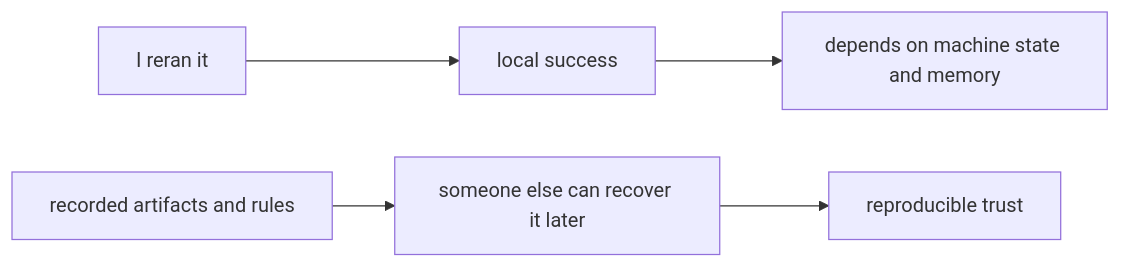
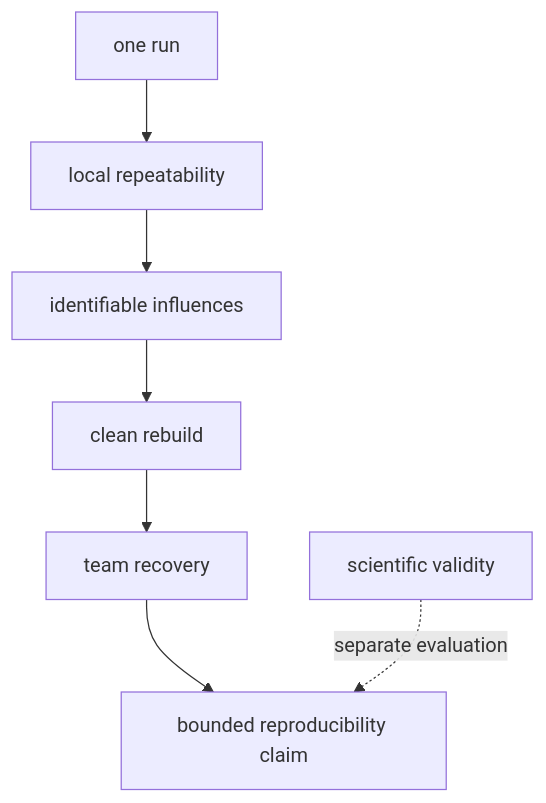
Before and after one commit to bijux/bijux-masterclass: the third of 3 diagrams in programs/reproducible-research/deep-dive-dvc/course-book/module-01-reproducibility-failures-real-teams/repeatability-versus-reproducibility.md, drawn with Mermaid. The commit also changed other lines of this file, not shown here.

````diff
--- a/programs/reproducible-research/deep-dive-dvc/course-book/module-01-reproducibility-failures-real-teams/repeatability-versus-reproducibility.md
+++ b/programs/reproducible-research/deep-dive-dvc/course-book/module-01-reproducibility-failures-real-teams/repeatability-versus-reproducibility.md
@@ -98,7 +118,9 @@
 ```mermaid
-flowchart LR
-  rerun["I reran it"] --> local["local success"]
-  local --> memory["depends on machine state and memory"]
-  repo["recorded artifacts and rules"] --> transfer["someone else can recover it later"]
-  transfer --> trust["reproducible trust"]
+flowchart TB
+  A["one run"] --> B["local repeatability"]
+  B --> C["identifiable influences"]
+  C --> D["clean rebuild"]
+  D --> E["team recovery"]
+  E --> F["bounded reproducibility claim"]
+  G["scientific validity"] -.separate evaluation.-> F
 ```
````
